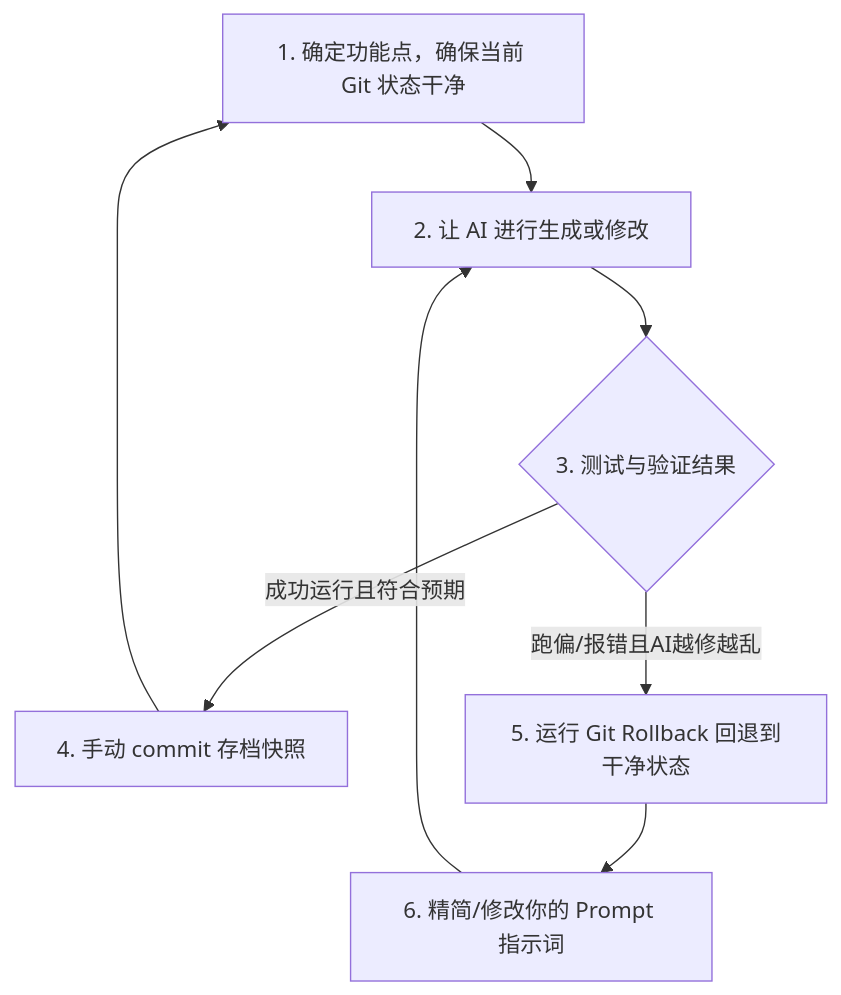
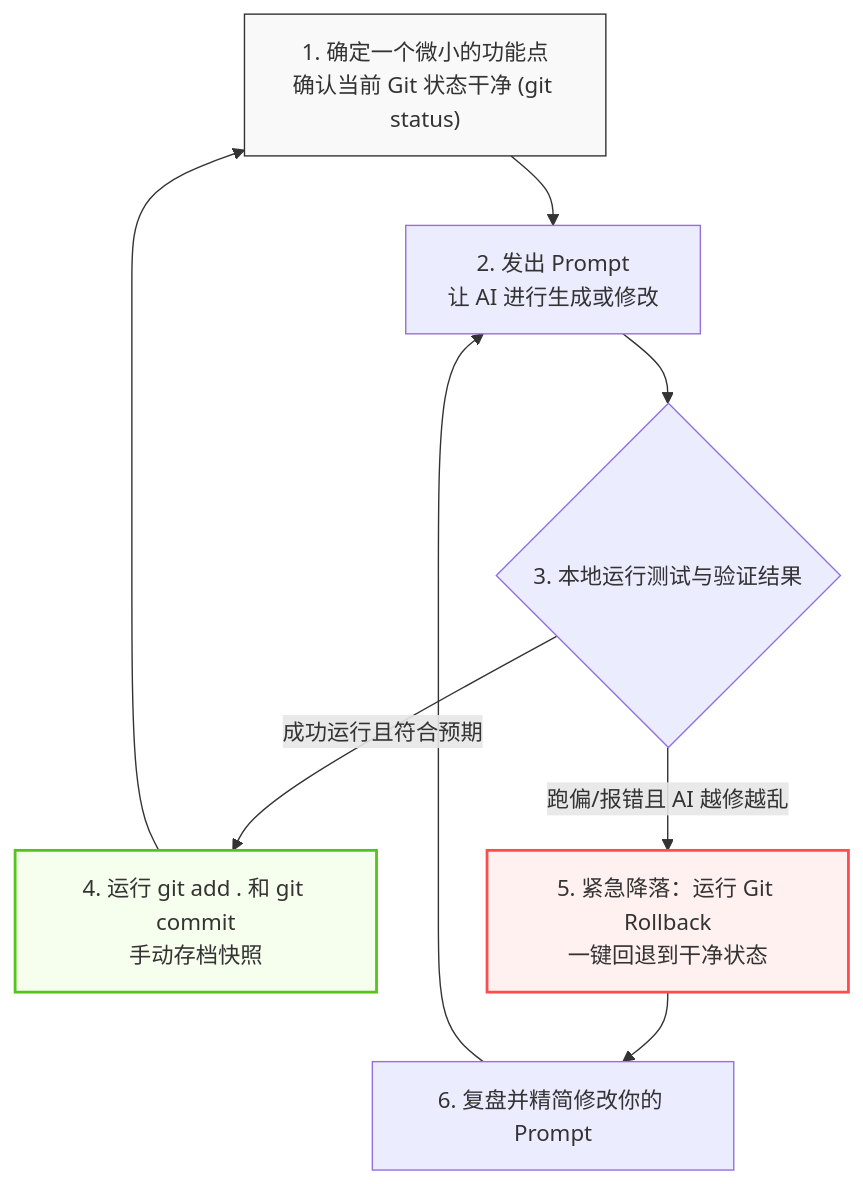
Before and after one commit to ruanqizhen/cocode: the second of 2 diagrams in docs/git_basics.md, drawn with Mermaid. The commit also changed other lines of this file and 2 other files, not shown here.

````diff
--- a/docs/git_basics.md
+++ b/docs/git_basics.md
@@ -35,10 +170,17 @@
 ```mermaid
 graph TD
-    Start[1. 确定功能点，确保当前 Git 状态干净] --> Code[2. 让 AI 进行生成或修改]
-    Code --> Test{3. 测试与验证结果}
-    Test -- 成功运行且符合预期 --> Commit[4. 手动 commit 存档快照]
+    Start["1. 确定一个微小的功能点<br>确认当前 Git 状态干净 (git status)"] --> Code["2. 发出 Prompt<br>让 AI 进行生成或修改"]
+    Code --> Test{"3. 本地运行测试与验证结果"}
+    
+    Test -- "成功运行且符合预期" --> Commit["4. 运行 git add . 和 git commit<br>手动存档快照"]
     Commit --> Start
-    Test -- 跑偏/报错且AI越修越乱 --> Rollback[5. 运行 Git Rollback 回退到干净状态]
-    Rollback --> Refine[6. 精简/修改你的 Prompt 指示词]
+    
+    Test -- "跑偏/报错且 AI 越修越乱" --> Rollback["5. 紧急降落：运行 Git Rollback<br>一键回退到干净状态"]
+    Rollback --> Refine["6. 复盘并精简修改你的 Prompt"]
     Refine --> Code
+
+    style Start fill:#f9f9f9,stroke:#333
+    style Commit fill:#f6ffed,stroke:#52c41a,stroke-width:2px
+    style Rollback fill:#fff1f0,stroke:#ff4d4f,stroke-width:2px
+
 ```
````
